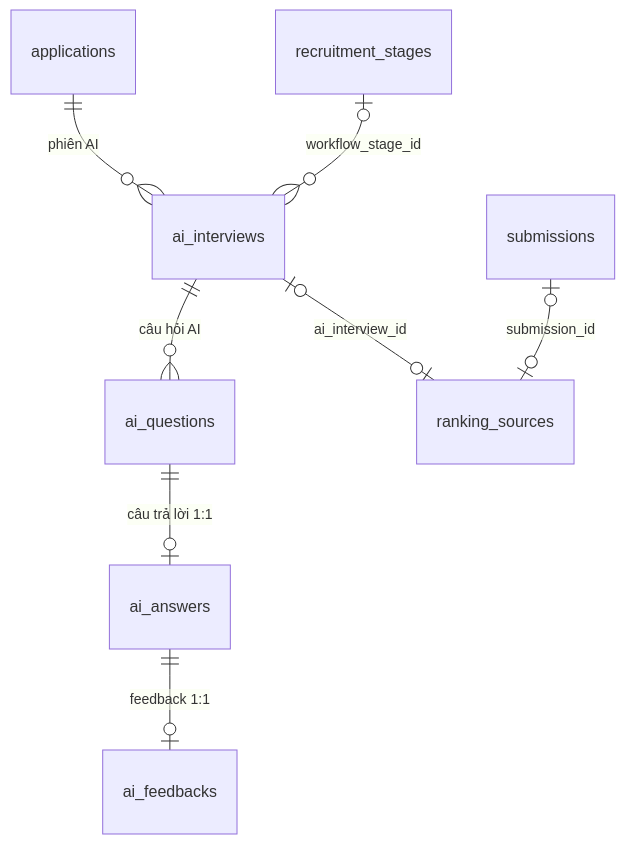
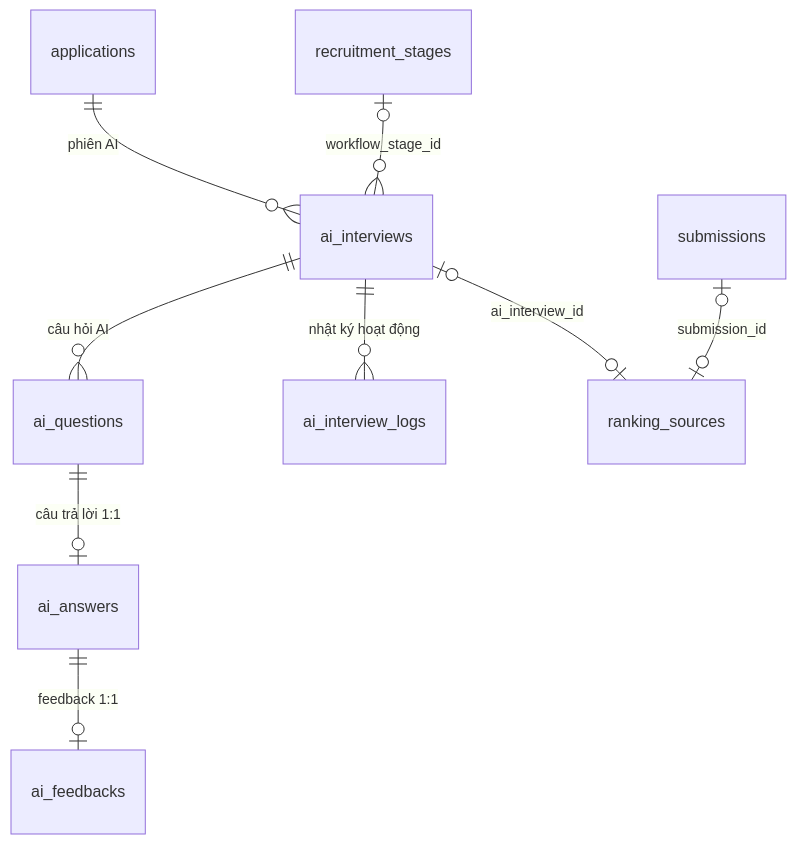
The ninth of 11 diagrams in docs/database/README.md (hieupnh12/SmartHire-AI), drawn with Mermaid before and after one commit. The commit also changed other lines of this file and 21 other files, not shown here.

````diff
--- a/docs/database/README.md
+++ b/docs/database/README.md
@@ -493,10 +496,11 @@
 ```mermaid
 erDiagram
     applications ||--o{ ai_interviews : "phiên AI"
     recruitment_stages |o--o{ ai_interviews : "workflow_stage_id"
     ai_interviews ||--o{ ai_questions : "câu hỏi AI"
     ai_questions ||--o| ai_answers : "câu trả lời 1:1"
     ai_answers ||--o| ai_feedbacks : "feedback 1:1"
+    ai_interviews ||--o{ ai_interview_logs : "nhật ký hoạt động"
     ai_interviews |o--o| ranking_sources : "ai_interview_id"
     submissions |o--o| ranking_sources : "submission_id"
 ```
````
